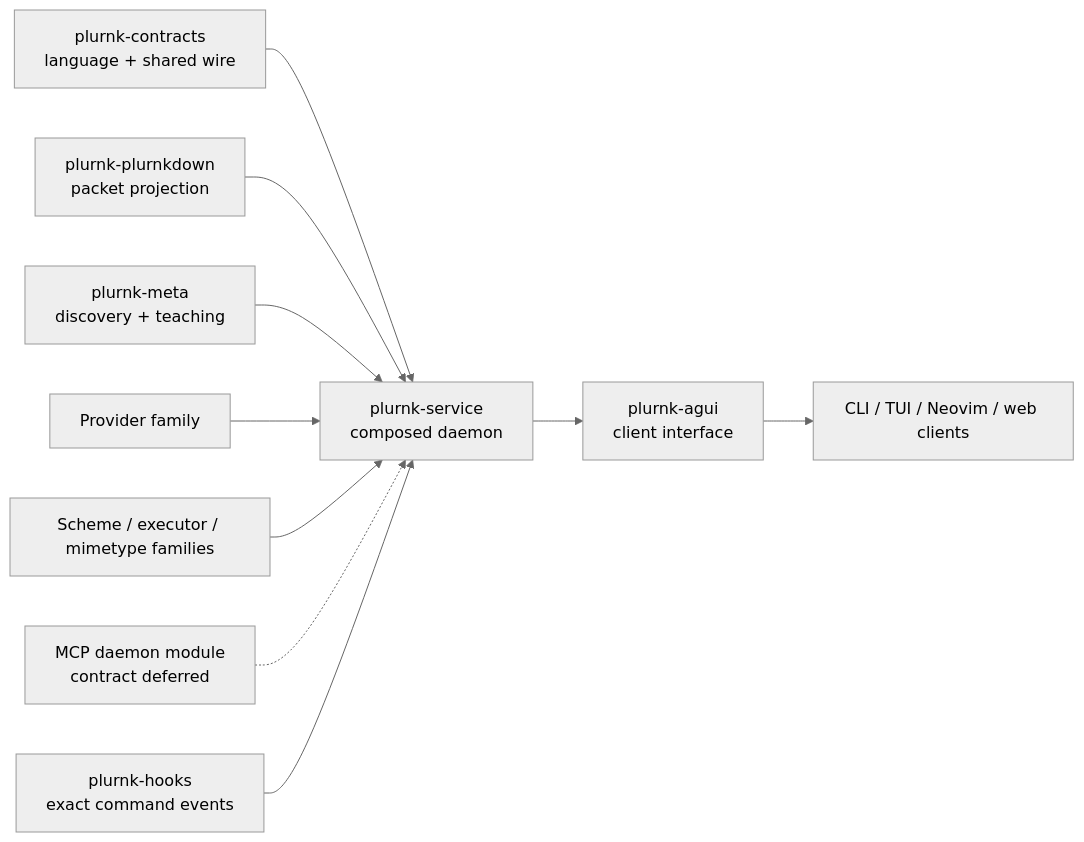
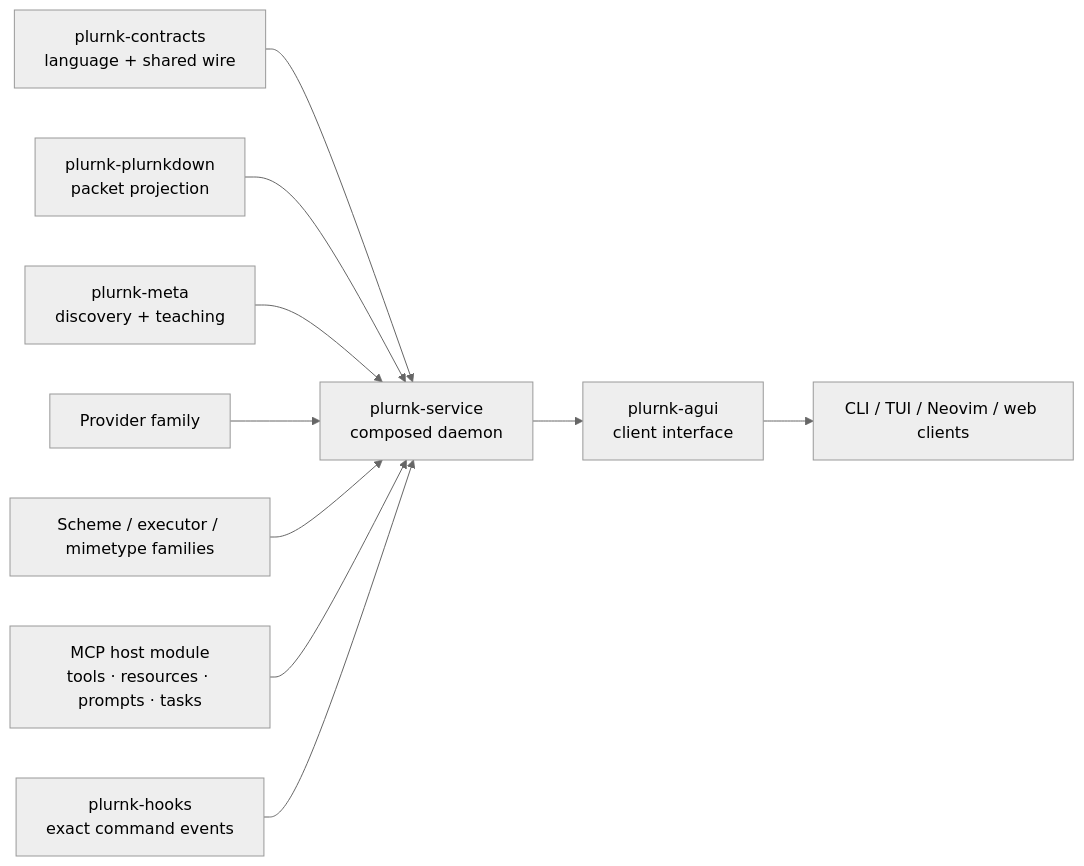
The second of 4 diagrams in ARCHITECTURE.md (plurnk/plurnk-service), drawn with Mermaid (neutral theme) before and after one commit. The commit also changed other lines of this file and 32 other files, not shown here.

````diff
--- a/ARCHITECTURE.md
+++ b/ARCHITECTURE.md
@@ -32,13 +32,13 @@
 ```mermaid
 flowchart LR
     contracts["plurnk-contracts<br/>language + shared wire"] --> core
     packet["plurnk-plurnkdown<br/>packet projection"] --> core
     meta["plurnk-meta<br/>discovery + teaching"] --> core
     providers["Provider family"] --> core
     capabilities["Scheme / executor / mimetype families"] --> core
-    mcp["MCP daemon module<br/>contract deferred"] -.-> core
+    mcp["MCP host module<br/>tools · resources · prompts · tasks"] --> core
     hooks["plurnk-hooks<br/>exact command events"] --> core
     core["plurnk-service<br/>composed daemon"]
     core --> agui["plurnk-agui<br/>client interface"]
     agui --> clients["CLI / TUI / Neovim / web clients"]
 ```
````
